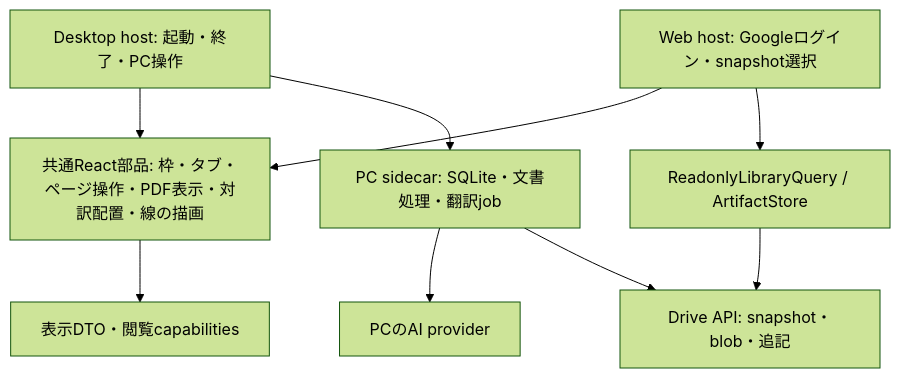
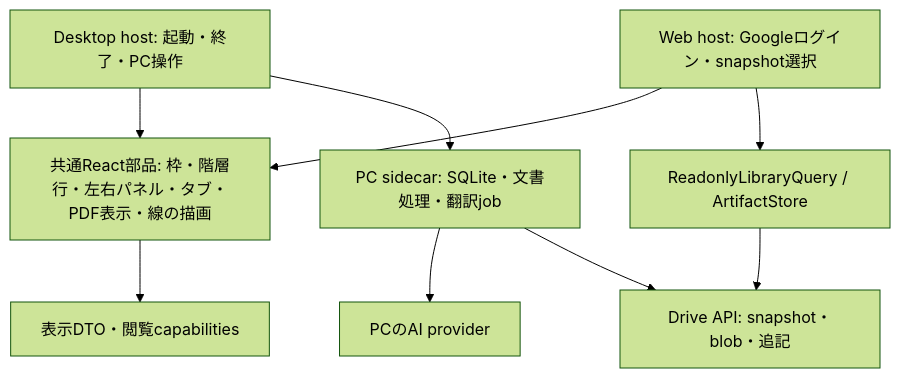
The diagram in docs/runtime-architecture.md (hooked-on-mas/papeer), drawn with Mermaid (forest theme) before and after one commit. The commit also changed other lines of this file and 22 other files, not shown here.

````diff
--- a/docs/runtime-architecture.md
+++ b/docs/runtime-architecture.md
@@ -9,19 +9,19 @@
 ```mermaid
 flowchart TB
     Desktop[Desktop host: 起動・終了・PC操作]
     Web[Web host: Googleログイン・snapshot選択]
-    UI[共通React部品: 枠・タブ・ページ操作・PDF表示・対訳配置・線の描画]
+    UI[共通React部品: 枠・階層行・左右パネル・タブ・PDF表示・線の描画]
     Model[表示DTO・閲覧capabilities]
     Query[ReadonlyLibraryQuery / ArtifactStore]
     Drive[Drive API: snapshot・blob・追記]
     Sidecar[PC sidecar: SQLite・文書処理・翻訳job]
     Provider[PCのAI provider]
     Desktop --> UI
     Web --> UI
     UI --> Model
     Web --> Query
     Query --> Drive
     Desktop --> Sidecar
     Sidecar --> Provider
     Sidecar --> Drive
 ```
````
